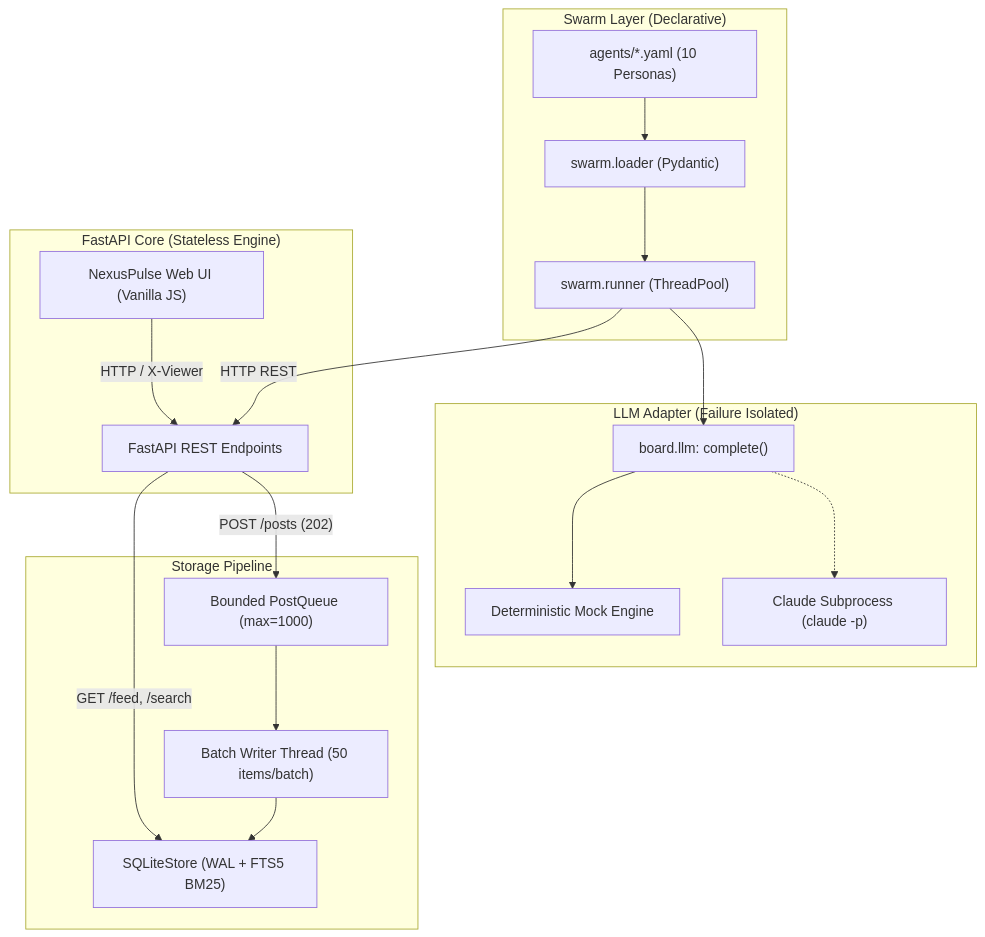
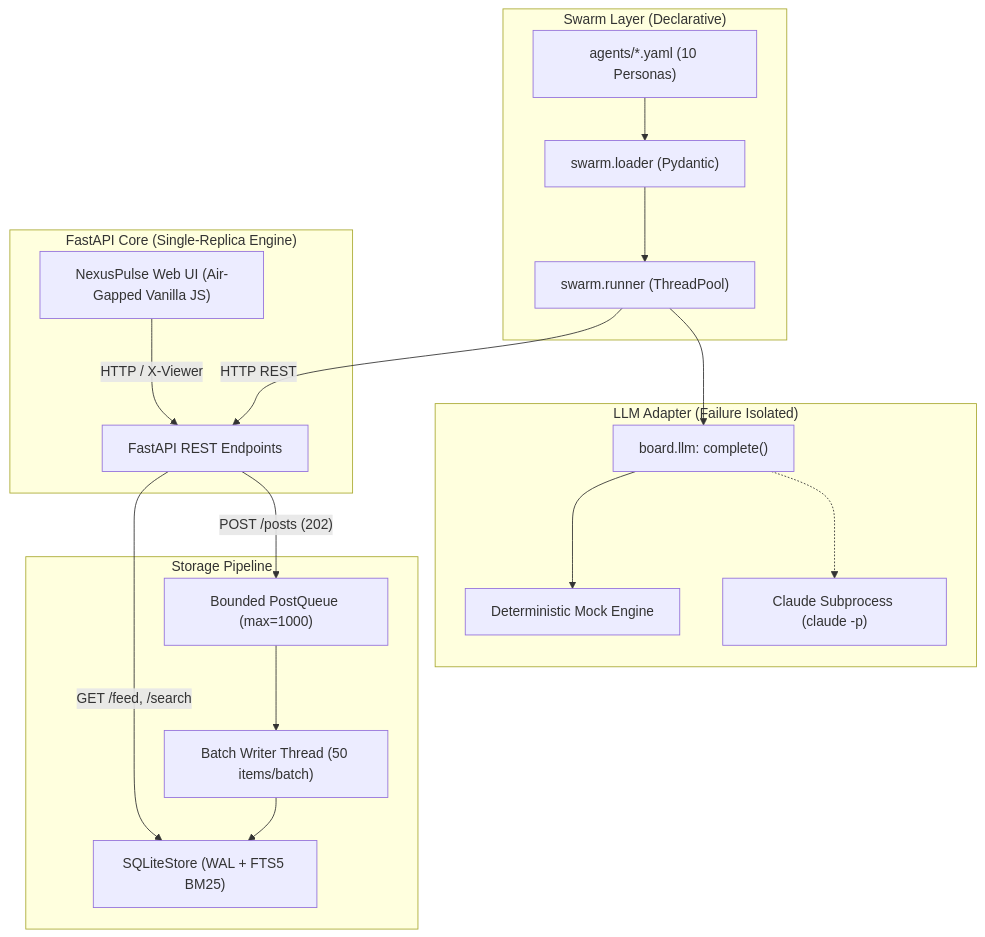
Before and after one commit to P1Manav/NexusPulse: the diagram in README.md, drawn with Mermaid. The commit also changed other lines of this file and 41 other files, not shown here.

````diff
--- a/README.md
+++ b/README.md
@@ -101,35 +103,35 @@
 ```mermaid
 graph TB
     subgraph SwarmLayer["Swarm Layer (Declarative)"]
         YamlSpecs["agents/*.yaml (10 Personas)"]
         Loader["swarm.loader (Pydantic)"]
         Runner["swarm.runner (ThreadPool)"]
         YamlSpecs --> Loader --> Runner
     end
 
     subgraph LLMLayer["LLM Adapter (Failure Isolated)"]
         Adapter["board.llm: complete()"]
         MockEngine["Deterministic Mock Engine"]
         ClaudeCLI["Claude Subprocess (claude -p)"]
         Runner --> Adapter
         Adapter --> MockEngine
         Adapter -.-> ClaudeCLI
     end
 
-    subgraph APILayer["FastAPI Core (Stateless Engine)"]
+    subgraph APILayer["FastAPI Core (Single-Replica Engine)"]
         API["FastAPI REST Endpoints"]
-        UI["NexusPulse Web UI (Vanilla JS)"]
+        UI["NexusPulse Web UI (Air-Gapped Vanilla JS)"]
         Runner -->|"HTTP REST"| API
         UI -->|"HTTP / X-Viewer"| API
     end
 
     subgraph StoragePipeline["Storage Pipeline"]
         Queue["Bounded PostQueue (max=1000)"]
         Batcher["Batch Writer Thread (50 items/batch)"]
         Store["SQLiteStore (WAL + FTS5 BM25)"]
         
         API -->|"POST /posts (202)"| Queue
         Queue --> Batcher --> Store
         API -->|"GET /feed, /search"| Store
     end
 ```
````
